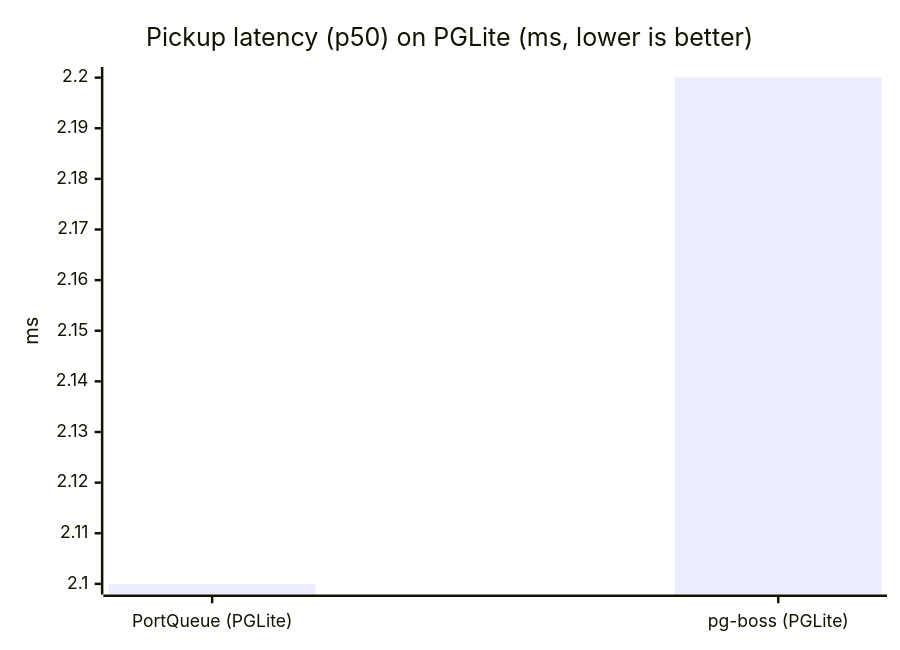
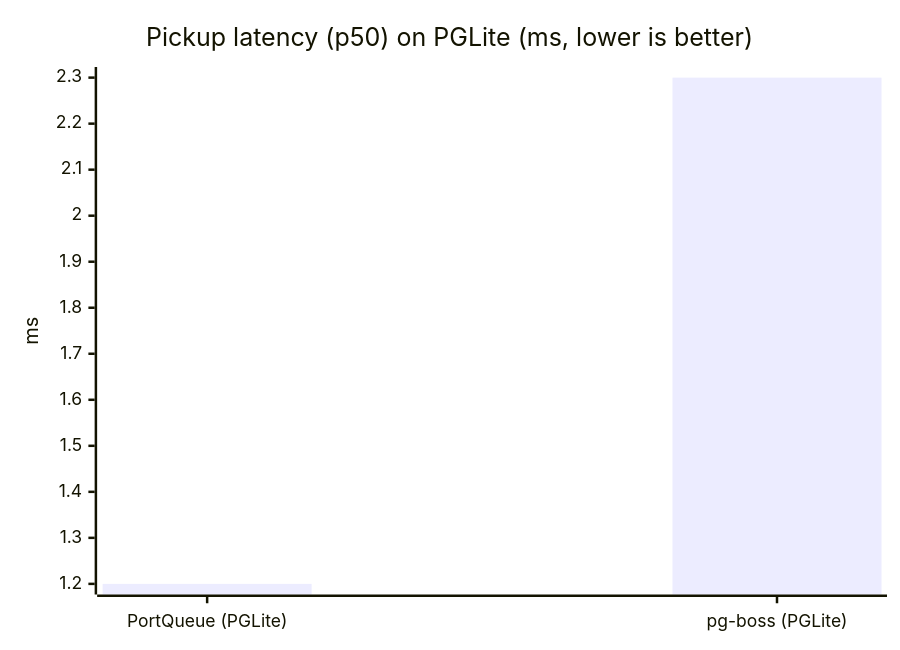
The third of 3 diagrams in README.md (episclera/portqueue), drawn with Mermaid before and after one commit. The commit also changed other lines of this file and 4 other files, not shown here.

````diff
--- a/README.md
+++ b/README.md
@@ -82,7 +82,7 @@
 ```mermaid
 xychart-beta
     title "Pickup latency (p50) on PGLite (ms, lower is better)"
     x-axis ["PortQueue (PGLite)", "pg-boss (PGLite)"]
     y-axis "ms"
-    bar [2.1, 2.2]
+    bar [1.2, 2.3]
 ```
````
